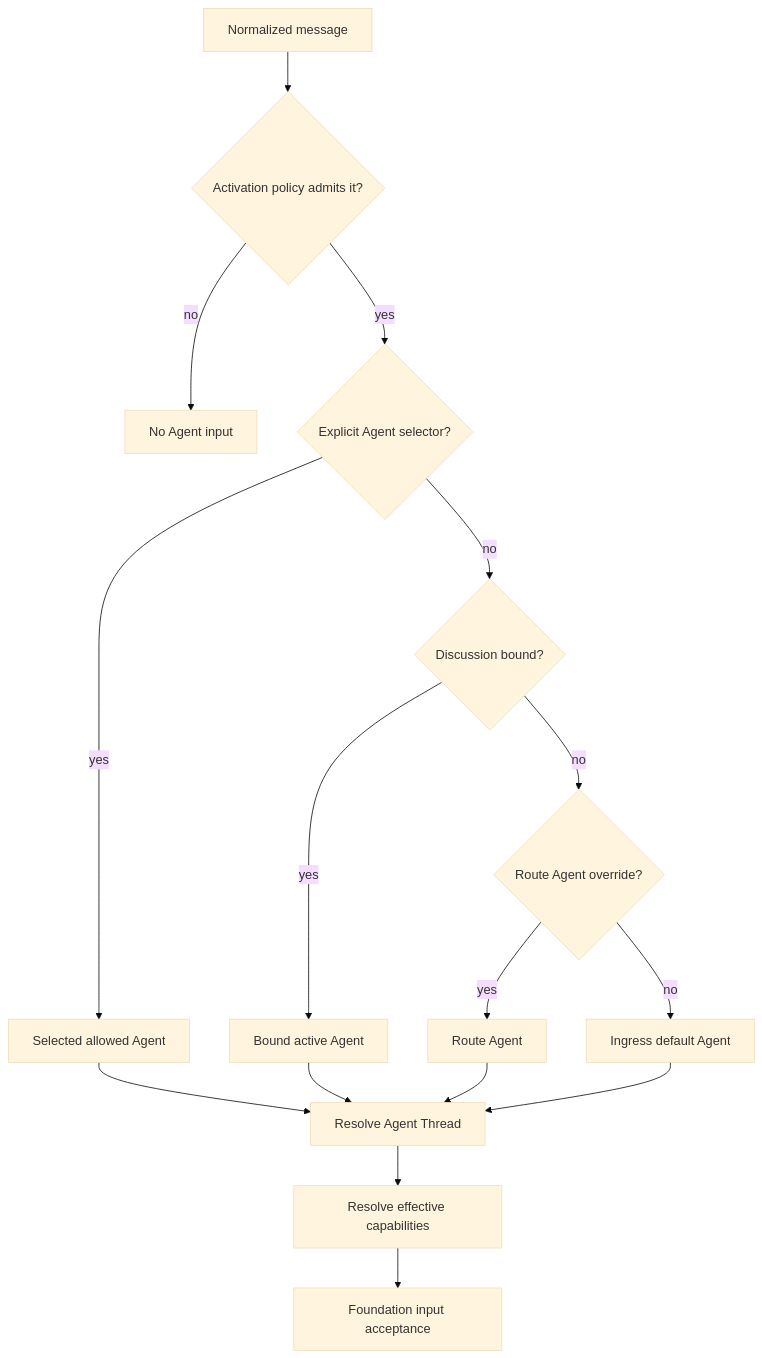
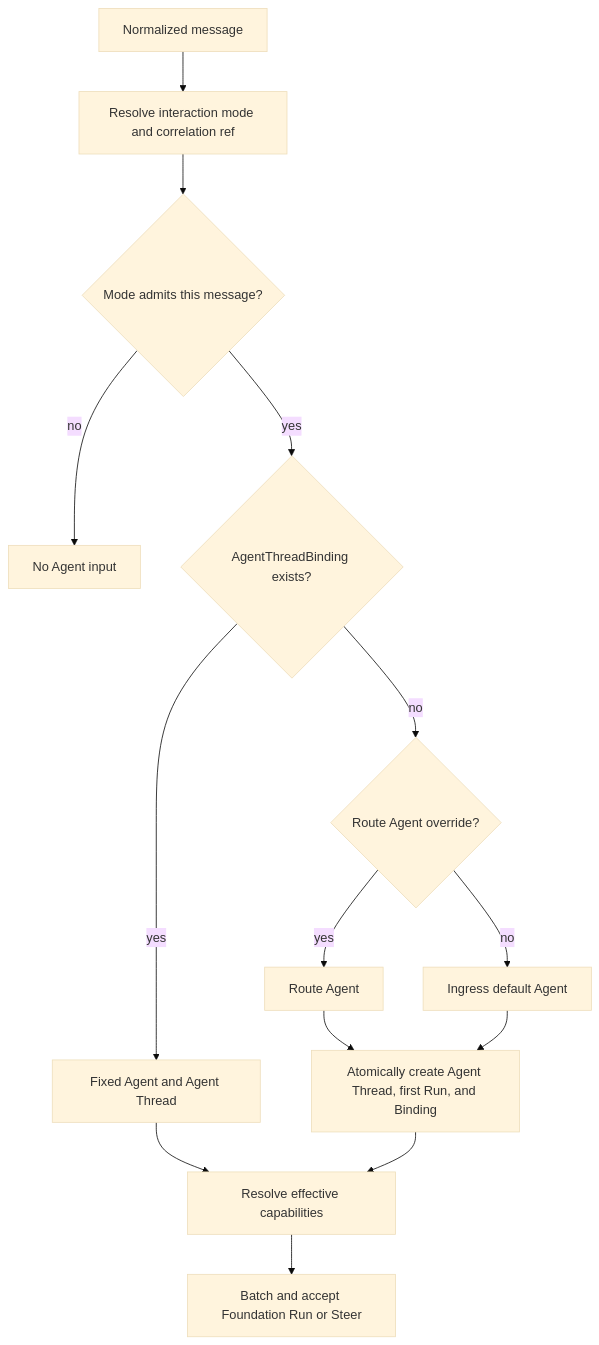
Before and after one commit to converge-ai-labs/agent-foundation: the diagram in spec/foundation-service/40-connectivity/02-messaging-ingress.md, drawn with Mermaid (base theme). The commit also changed other lines of this file and 8 other files, not shown here.

````diff
--- a/spec/foundation-service/40-connectivity/02-messaging-ingress.md
+++ b/spec/foundation-service/40-connectivity/02-messaging-ingress.md
@@ -50,15 +55,14 @@
 ```mermaid
 flowchart TD
-    Message[Normalized message] --> Eligible{Activation policy admits it?}
+    Message[Normalized message] --> Mode[Resolve interaction mode and correlation ref]
+    Mode --> Eligible{Mode admits this message?}
     Eligible -->|no| Ignore[No Agent input]
-    Eligible -->|yes| Selector{Explicit Agent selector?}
-    Selector -->|yes| Explicit[Selected allowed Agent]
-    Selector -->|no| Bound{Discussion bound?}
-    Bound -->|yes| Active[Bound active Agent]
+    Eligible -->|yes| Bound{AgentThreadBinding exists?}
+    Bound -->|yes| Existing[Fixed Agent and Agent Thread]
     Bound -->|no| RouteDefault{Route Agent override?}
     RouteDefault -->|yes| RouteAgent[Route Agent]
     RouteDefault -->|no| AppAgent[Ingress default Agent]
-    Explicit & Active & RouteAgent & AppAgent --> Thread[Resolve Agent Thread]
-    Thread --> Capabilities[Resolve effective capabilities]
-    Capabilities --> Input[Foundation input acceptance]
+    RouteAgent & AppAgent --> Create[Atomically create Agent Thread, first Run, and Binding]
+    Existing & Create --> Capabilities[Resolve effective capabilities]
+    Capabilities --> Input[Batch and accept Foundation Run or Steer]
 ```
````
